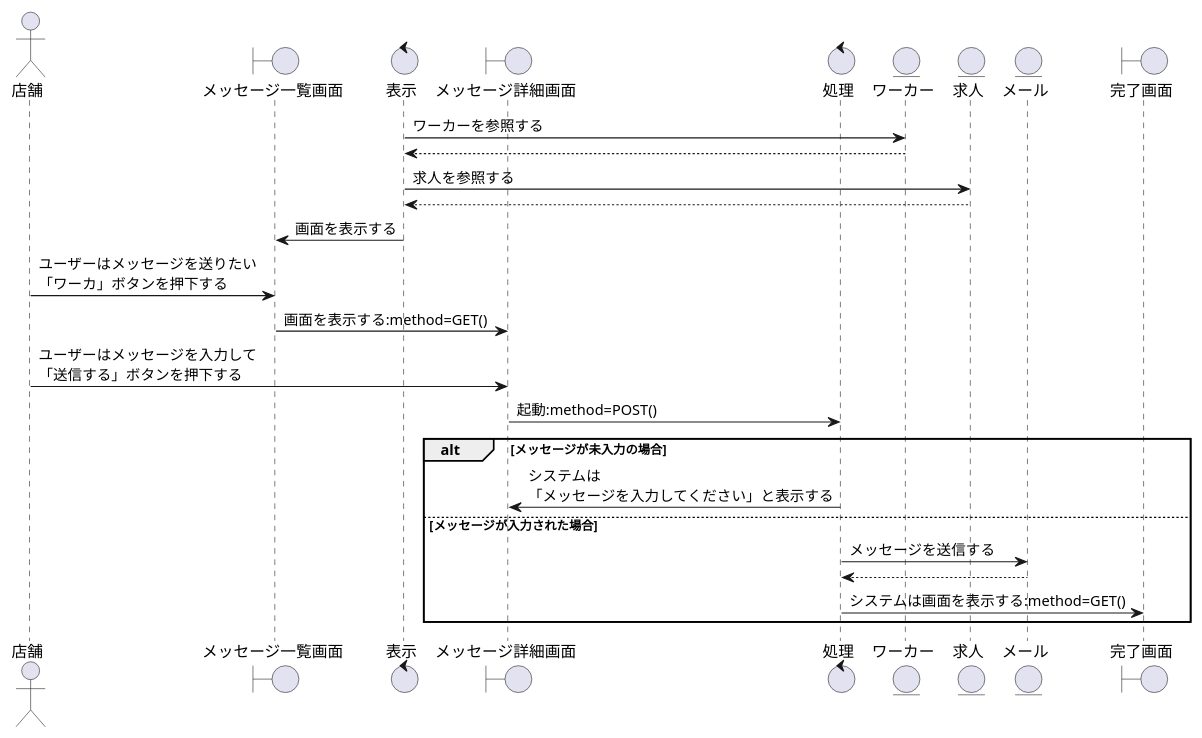
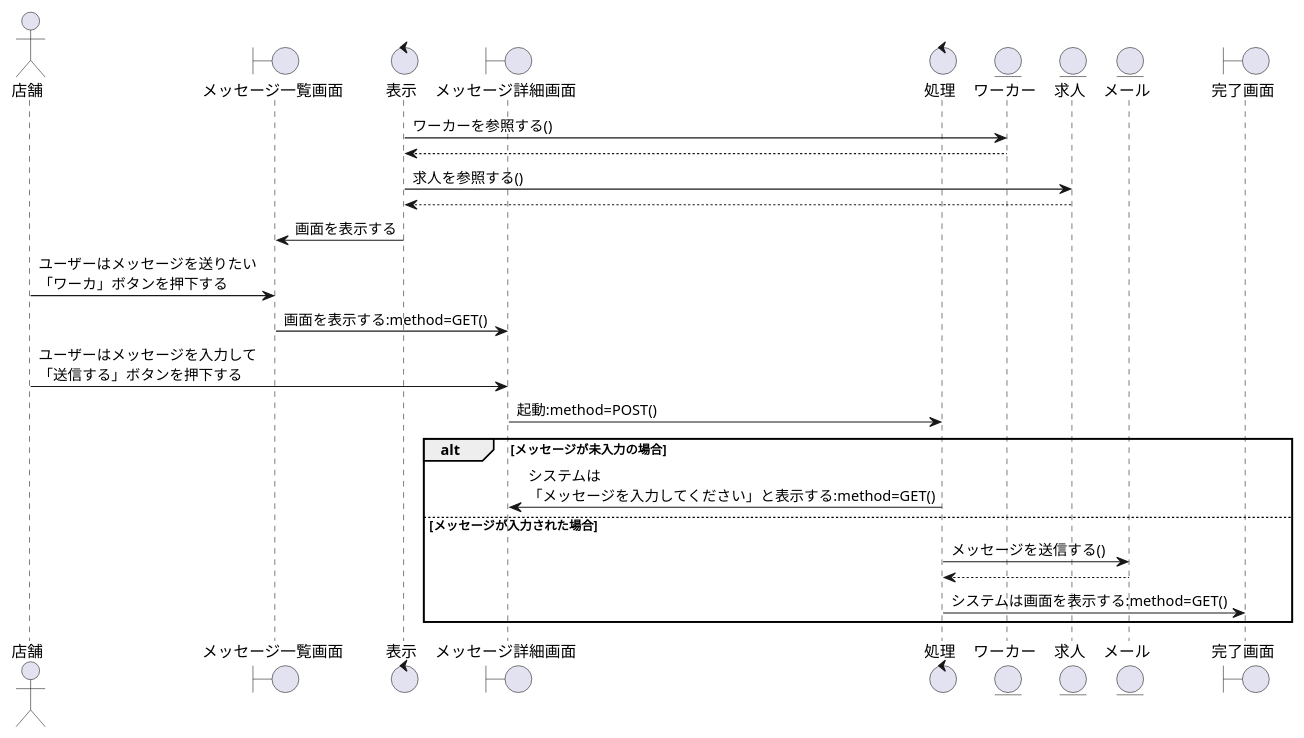
The diagram in sequence_fig/8_storeside_fn/07_メッセージでやり取りする.pu (irukacb256/high_Me), drawn with PlantUML before and after one commit. The commit also changed 26 other files, not shown here.

```diff
--- a/sequence_fig/8_storeside_fn/07_メッセージでやり取りする.pu
+++ b/sequence_fig/8_storeside_fn/07_メッセージでやり取りする.pu
@@ -1,34 +1,34 @@
 @startuml メッセージでやり取りする
 
 actor 店舗 as cp1
 boundary メッセージ一覧画面 as mlv1
 control 表示 as co1
 boundary メッセージ詳細画面 as mdv1
 control 処理 as co2
 
 entity ワーカー as wo1
 entity 求人 as jb1
 entity メール as ml1
 boundary 完了画面 as cmv1
 
-co1 -> wo1 : ワーカーを参照する
+co1 -> wo1 : ワーカーを参照する()
 co1 <-- wo1
-co1 -> jb1 : 求人を参照する
+co1 -> jb1 : 求人を参照する()
 co1 <-- jb1
 co1 -> mlv1 : 画面を表示する
 cp1 -> mlv1 : ユーザーはメッセージを送りたい\n「ワーカ」ボタンを押下する
 mlv1 -> mdv1 : 画面を表示する:method=GET()
 cp1 -> mdv1 : ユーザーはメッセージを入力して\n「送信する」ボタンを押下する
 mdv1 -> co2 : 起動:method=POST()
 
 alt メッセージが未入力の場合
-    co2 -> mdv1 : システムは\n「メッセージを入力してください」と表示する
+    co2 -> mdv1 : システムは\n「メッセージを入力してください」と表示する:method=GET()
 
 else メッセージが入力された場合
-    co2 -> ml1 : メッセージを送信する
+    co2 -> ml1 : メッセージを送信する()
     co2 <-- ml1
     co2 -> cmv1 : システムは画面を表示する:method=GET()
 
 end
 
 @enduml
```
